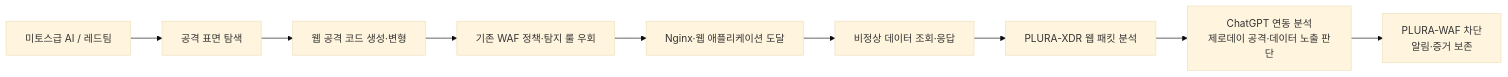
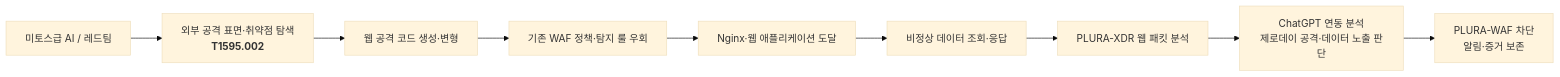
One commit to qubitsec/plura changed the second of 5 diagrams in ko/proposal/lg/poc-full.md. Above: the diagram before and after it, drawn with Mermaid (base theme). The commit also changed other lines of this file, not shown here.

````diff
--- a/ko/proposal/lg/poc-full.md
+++ b/ko/proposal/lg/poc-full.md
@@ -171,15 +204,15 @@
 ```mermaid
 flowchart LR
     A["미토스급 AI / 레드팀"]
-    B["공격 표면 탐색"]
+    B["외부 공격 표면·취약점 탐색<br/><b>T1595.002</b>"]
     C["웹 공격 코드 생성·변형"]
     D["기존 WAF 정책·탐지 룰 우회"]
     E["Nginx·웹 애플리케이션 도달"]
     F["비정상 데이터 조회·응답"]
     G["PLURA-XDR 웹 패킷 분석"]
     H["ChatGPT 연동 분석<br/>제로데이 공격·데이터 노출 판단"]
     I["PLURA-WAF 차단<br/>알림·증거 보존"]
 
     A --> B --> C --> D --> E
     E --> F --> G --> H --> I
 ```
````
